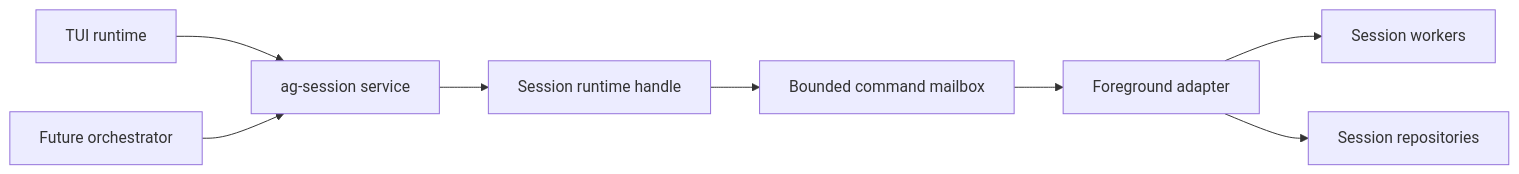
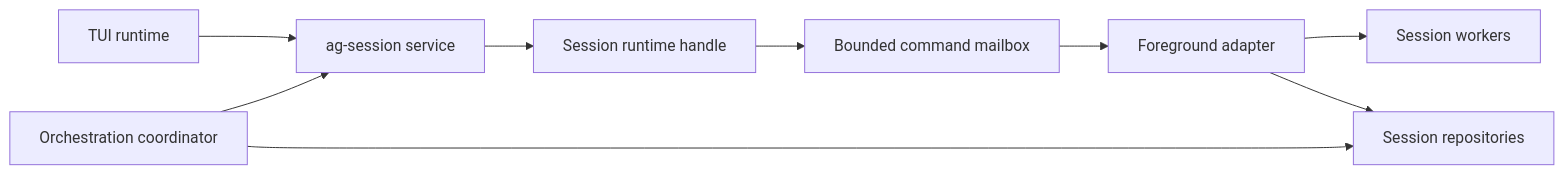
One commit to agentty-xyz/agentty changed the second of 3 diagrams in docs/site/content/docs/architecture/runtime-flow.md. Above: the diagram before and after it, drawn with Mermaid. The commit also changed other lines of this file and 91 other files, not shown here.

````diff
--- a/docs/site/content/docs/architecture/runtime-flow.md
+++ b/docs/site/content/docs/architecture/runtime-flow.md
@@ -224,19 +230,20 @@
 ```mermaid
 flowchart LR
   tui["TUI runtime"]
-  future["Future orchestrator"]
+  coordinator["Orchestration coordinator"]
   api["ag-session service"]
   handle["Session runtime handle"]
   mailbox["Bounded command mailbox"]
   adapter["Foreground adapter"]
   workers["Session workers"]
   repos["Session repositories"]
 
   tui --> api
-  future --> api
+  coordinator --> api
+  coordinator --> repos
   api --> handle
   handle --> mailbox
   mailbox --> adapter
   adapter --> workers
   adapter --> repos
 ```
````
